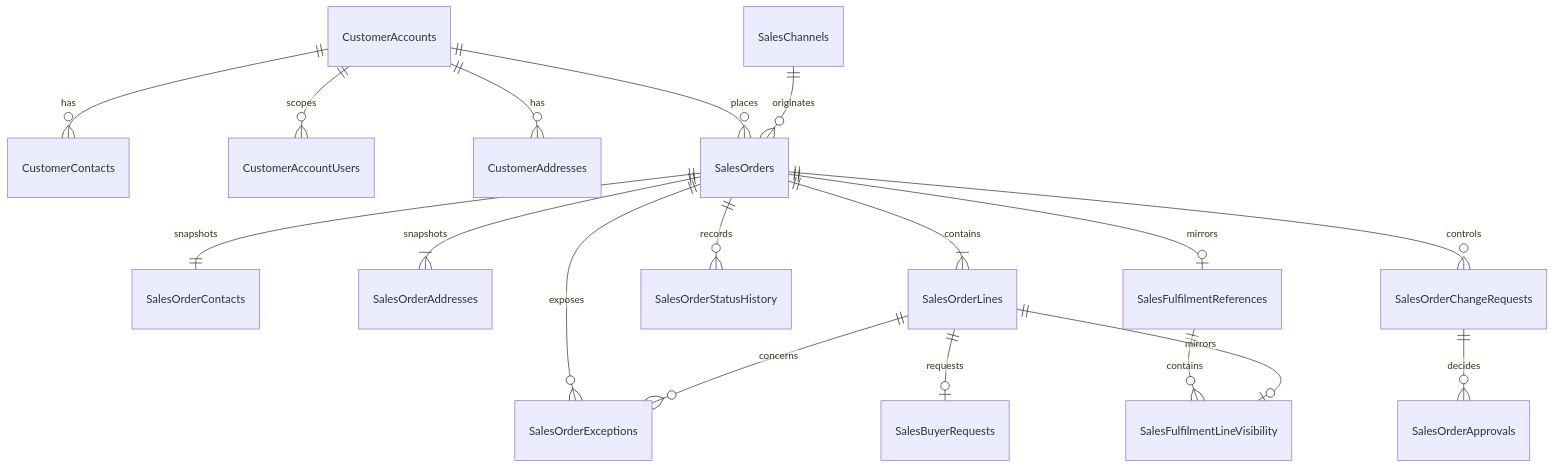
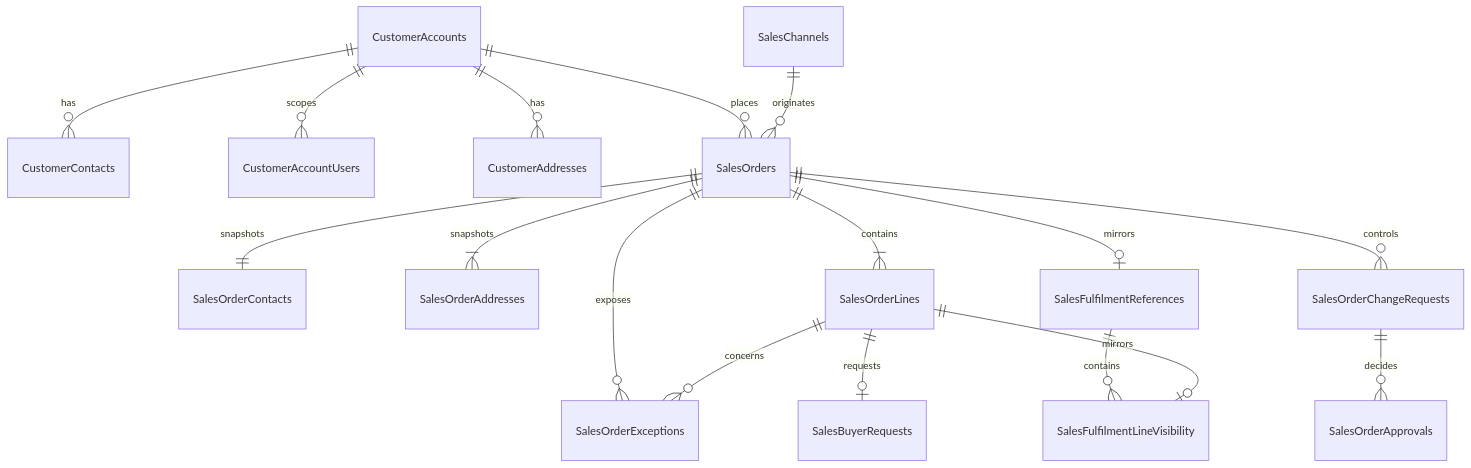
Before and after one commit to ben-cottrell/acme-erp: the diagram in docs/domain/sales/database-design.md, drawn with Mermaid. The commit also changed other lines of this file and 25 other files, not shown here.

````diff
--- a/docs/domain/sales/database-design.md
+++ b/docs/domain/sales/database-design.md
@@ -26,20 +26,19 @@
 ```mermaid
 erDiagram
     CustomerAccounts ||--o{ CustomerContacts : has
     CustomerAccounts ||--o{ CustomerAccountUsers : scopes
     CustomerAccounts ||--o{ CustomerAddresses : has
     CustomerAccounts ||--o{ SalesOrders : places
     SalesChannels ||--o{ SalesOrders : originates
     SalesOrders ||--|| SalesOrderContacts : snapshots
     SalesOrders ||--|{ SalesOrderAddresses : snapshots
     SalesOrders ||--|{ SalesOrderLines : contains
-    SalesOrders ||--o{ SalesOrderStatusHistory : records
     SalesOrders ||--o{ SalesOrderChangeRequests : controls
     SalesOrderChangeRequests ||--o{ SalesOrderApprovals : decides
     SalesOrders ||--o{ SalesOrderExceptions : exposes
     SalesOrderLines ||--o{ SalesOrderExceptions : concerns
     SalesOrderLines ||--o| SalesBuyerRequests : requests
     SalesOrders ||--o| SalesFulfilmentReferences : mirrors
     SalesFulfilmentReferences ||--o{ SalesFulfilmentLineVisibility : contains
     SalesOrderLines ||--o| SalesFulfilmentLineVisibility : mirrors
 ```
````
